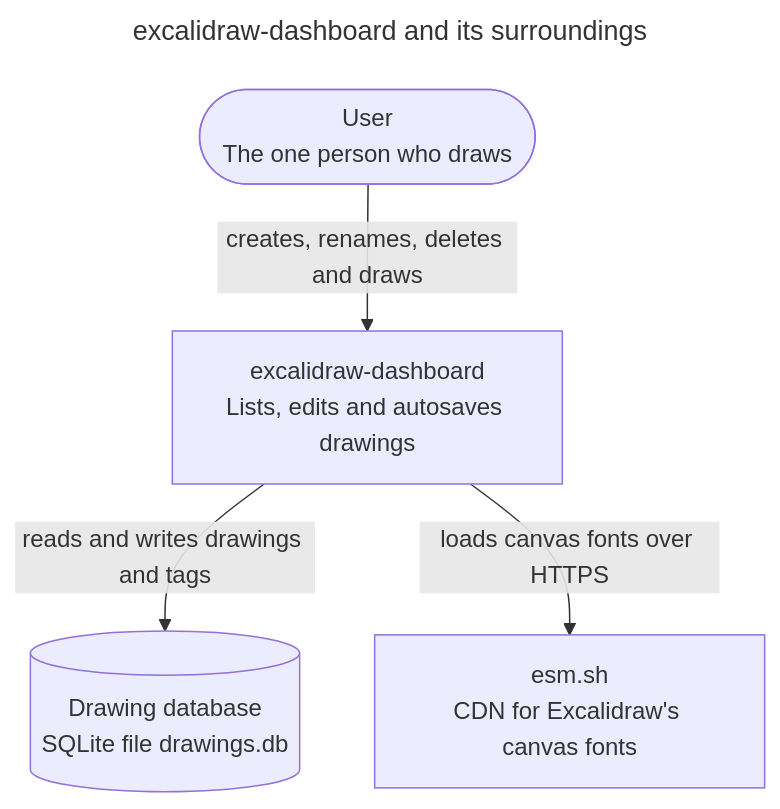
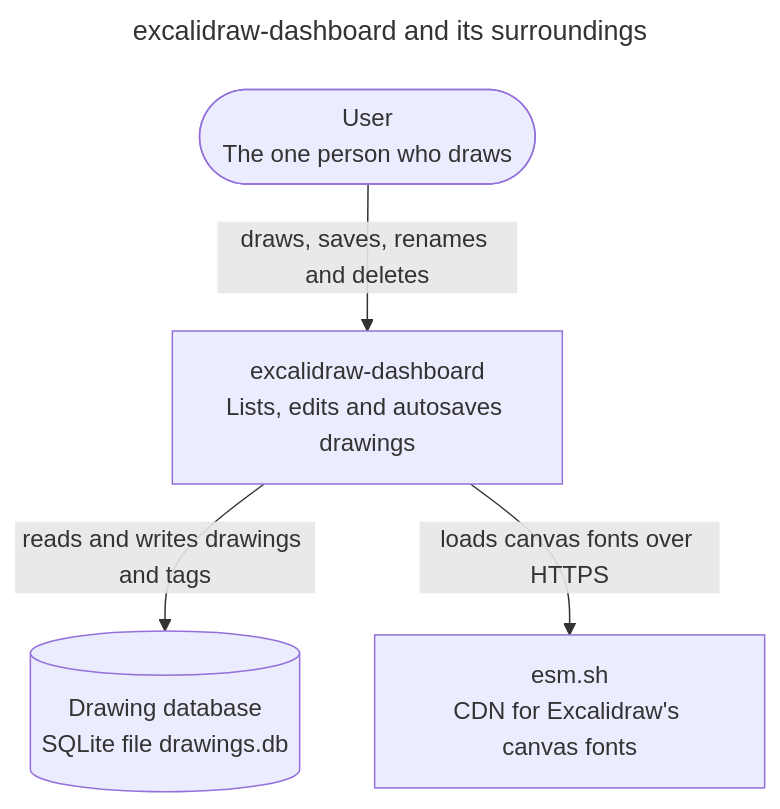
Before and after one commit to remshams/excalidraw-dashboard: the first of 11 diagrams in docs/architecture/architecture.md, drawn with Mermaid. The commit also changed other lines of this file and 3 other files, not shown here.

Commit message:
docs(Architecture): describe scratchpads and record ADR 0004

````diff
--- a/docs/architecture/architecture.md
+++ b/docs/architecture/architecture.md
@@ -39,13 +45,13 @@
 ```mermaid
 ---
 title: excalidraw-dashboard and its surroundings
 ---
 flowchart TD
     user(["User<br>The one person who draws"]):::person
     dashboard["excalidraw-dashboard<br>Lists, edits and autosaves drawings"]:::system
     db[("Drawing database<br>SQLite file drawings.db")]:::store
     cdn["esm.sh<br>CDN for Excalidraw's canvas fonts"]:::external
-    user -->|creates, renames, deletes and draws| dashboard
+    user -->|draws, saves, renames and deletes| dashboard
     dashboard -->|reads and writes drawings and tags| db
     dashboard -->|loads canvas fonts over HTTPS| cdn
 ```
````
